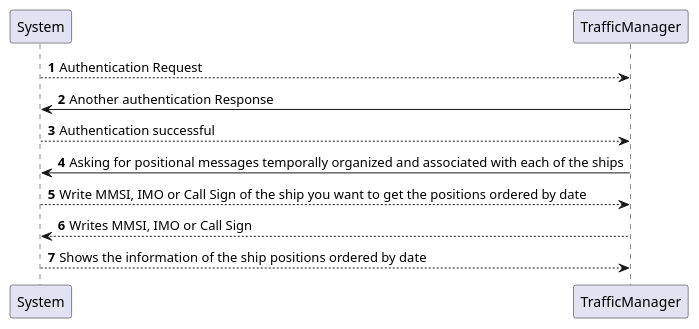
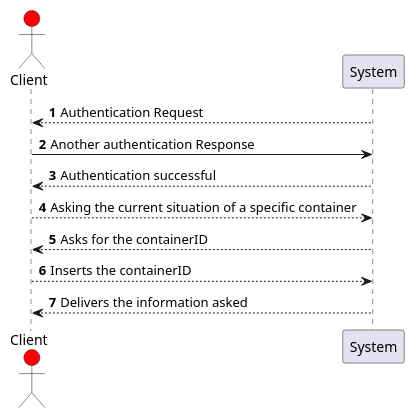
The diagram in Docs/Sprint2/US204/ssd.puml (LourencoMelo/ISEP-LAPR3-ESINF), drawn with PlantUML before and after one commit. The commit also changed 5 other files, not shown here.

```diff
--- a/Docs/Sprint2/US204/ssd.puml
+++ b/Docs/Sprint2/US204/ssd.puml
@@ -1,10 +1,14 @@
 @startuml
 autonumber
-System --> TrafficManager: Authentication Request
-TrafficManager -> System : Another authentication Response
-System --> TrafficManager : Authentication successful
-TrafficManager-> System : Asking for positional messages temporally organized and associated with each of the ships
-System --> TrafficManager : Write MMSI, IMO or Call Sign of the ship you want to get the positions ordered by date
-TrafficManager --> System : Writes MMSI, IMO or Call Sign
-System --> TrafficManager : Shows the information of the ship positions ordered by date
+
+actor Client #red
+
+System --> Client: Authentication Request
+Client -> System : Another authentication Response
+System --> Client : Authentication successful
+Client --> System : Asking the current situation of a specific container
+System --> Client : Asks for the containerID
+Client --> System : Inserts the containerID
+System --> Client : Delivers the information asked
+
 @enduml
```
